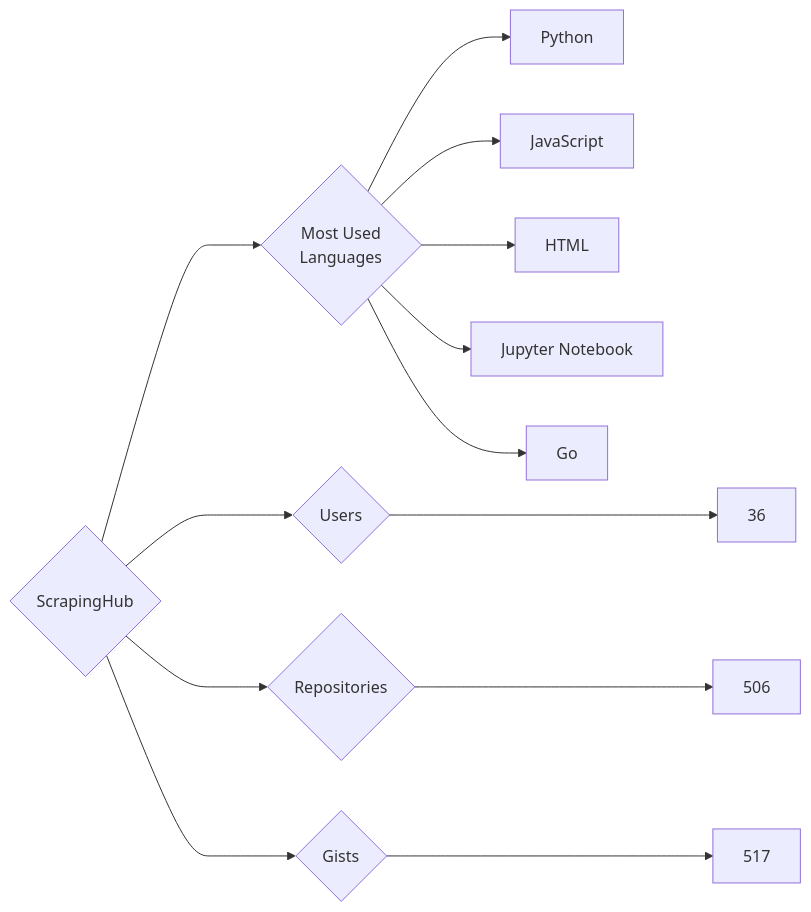
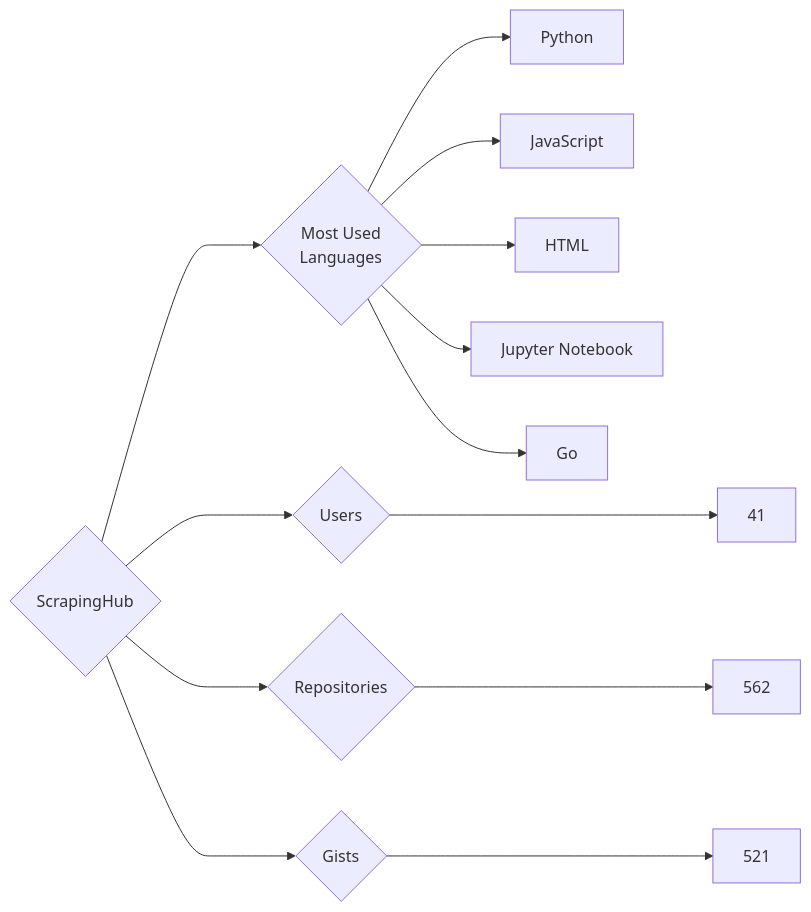
One commit to trickest/insiders changed the diagram in targets/ScrapingHub/README.md. Above: the diagram before and after it, drawn with Mermaid. The commit also changed 1011 other files, not shown here.

````diff
--- a/targets/ScrapingHub/README.md
+++ b/targets/ScrapingHub/README.md
@@ -3,13 +3,13 @@
 ```mermaid
 graph LR
 COMPANY_NAME{ScrapingHub}
-COMPANY_NAME ---> U{Users} ---> UN[36]
-COMPANY_NAME ---> R{Repositories} ---> RN[506]
-COMPANY_NAME ---> G{Gists} ---> GN[517]
+COMPANY_NAME ---> U{Users} ---> UN[41]
+COMPANY_NAME ---> R{Repositories} ---> RN[562]
+COMPANY_NAME ---> G{Gists} ---> GN[521]
 COMPANY_NAME ---> ML{Most Used<br>Languages}
 ML --> Python[Python]
 ML --> JavaScript[JavaScript]
 ML --> HTML[HTML]
 ML --> Jupyter_Notebook[Jupyter Notebook]
 ML --> Go[Go]
 ```
````
